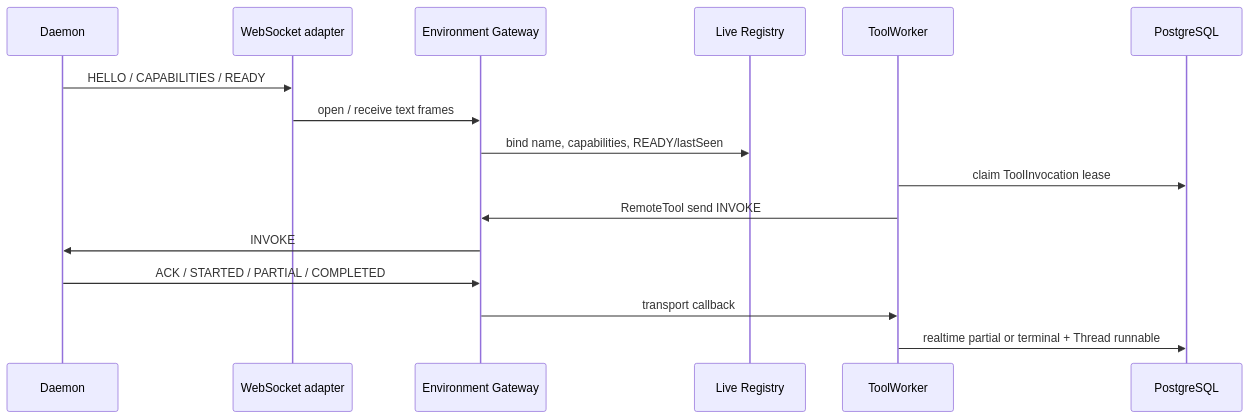
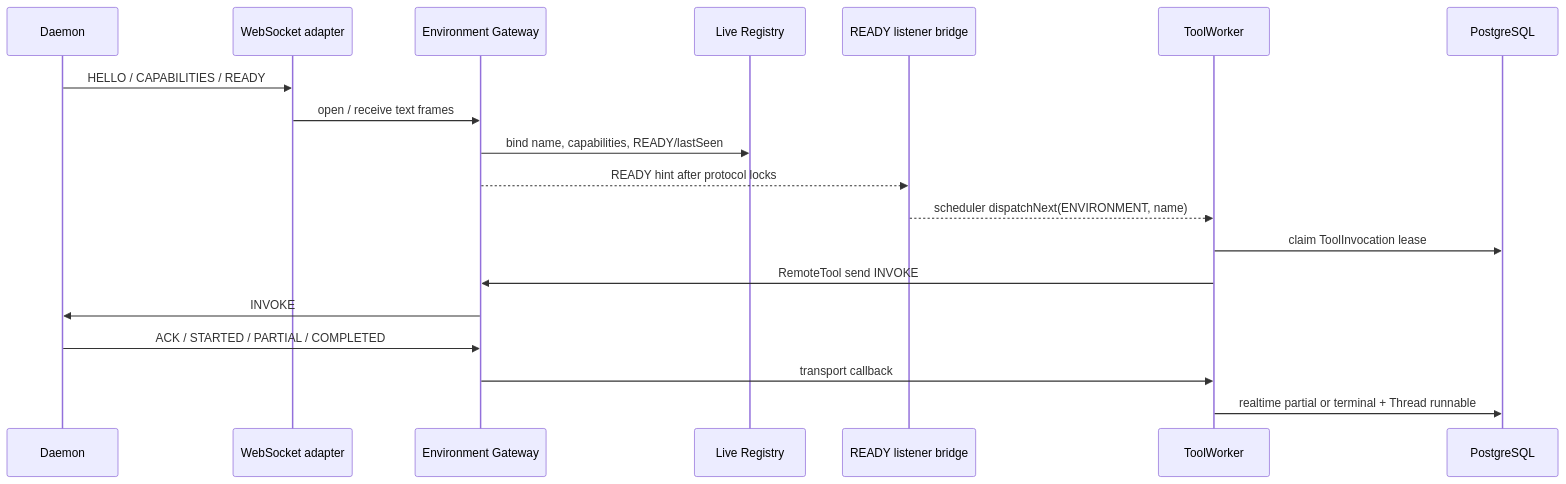
Before and after one commit to fengwk/kk-studio: the diagram in docs/technical-solution/environment-daemon-gateway.md, drawn with Mermaid. The commit also changed other lines of this file and 12 other files, not shown here.

````diff
--- a/docs/technical-solution/environment-daemon-gateway.md
+++ b/docs/technical-solution/environment-daemon-gateway.md
@@ -79,19 +79,22 @@
 ```mermaid
 sequenceDiagram
     participant D as Daemon
     participant W as WebSocket adapter
     participant G as Environment Gateway
     participant R as Live Registry
+    participant L as READY listener bridge
     participant TW as ToolWorker
     participant DB as PostgreSQL
 
     D->>W: HELLO / CAPABILITIES / READY
     W->>G: open / receive text frames
     G->>R: bind name, capabilities, READY/lastSeen
+    G-->>L: READY hint after protocol locks
+    L-->>TW: scheduler dispatchNext(ENVIRONMENT, name)
     TW->>DB: claim ToolInvocation lease
     TW->>G: RemoteTool send INVOKE
     G->>D: INVOKE
     D->>G: ACK / STARTED / PARTIAL / COMPLETED
     G->>TW: transport callback
     TW->>DB: realtime partial or terminal + Thread runnable
 ```
````
